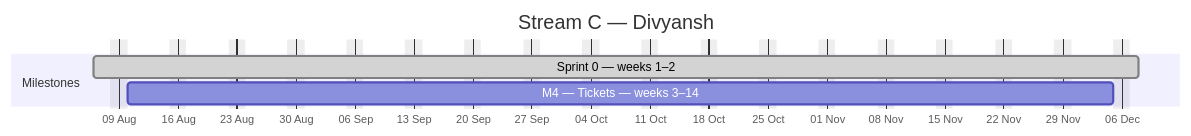
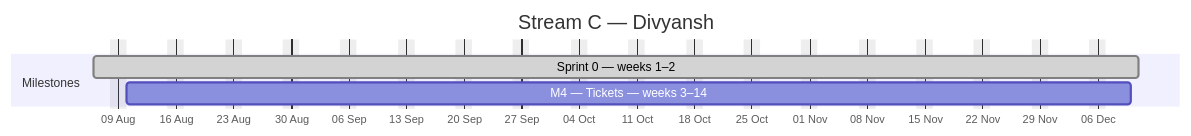
The third of 4 diagrams in docs/plan/GANTT.md (debashisedunext/EduTrack), drawn with Mermaid before and after one commit. The commit also changed other lines of this file and 2 other files, not shown here.

````diff
--- a/docs/plan/GANTT.md
+++ b/docs/plan/GANTT.md
@@ -159,10 +158,10 @@
 ```mermaid
 gantt
     dateFormat YYYY-MM-DD
     axisFormat %d %b
     title Stream C — Divyansh
     excludes weekends
     section Milestones
-    Sprint 0 — weeks 1–2 :done, c0, 2026-08-06, 88d
-    M4 — Tickets — weeks 3–14 :c1, 2026-08-10, 85d
+    Sprint 0 — weeks 1–2 :done, c0, 2026-08-06, 91d
+    M4 — Tickets — weeks 3–14 :c1, 2026-08-10, 88d
 ```
````
